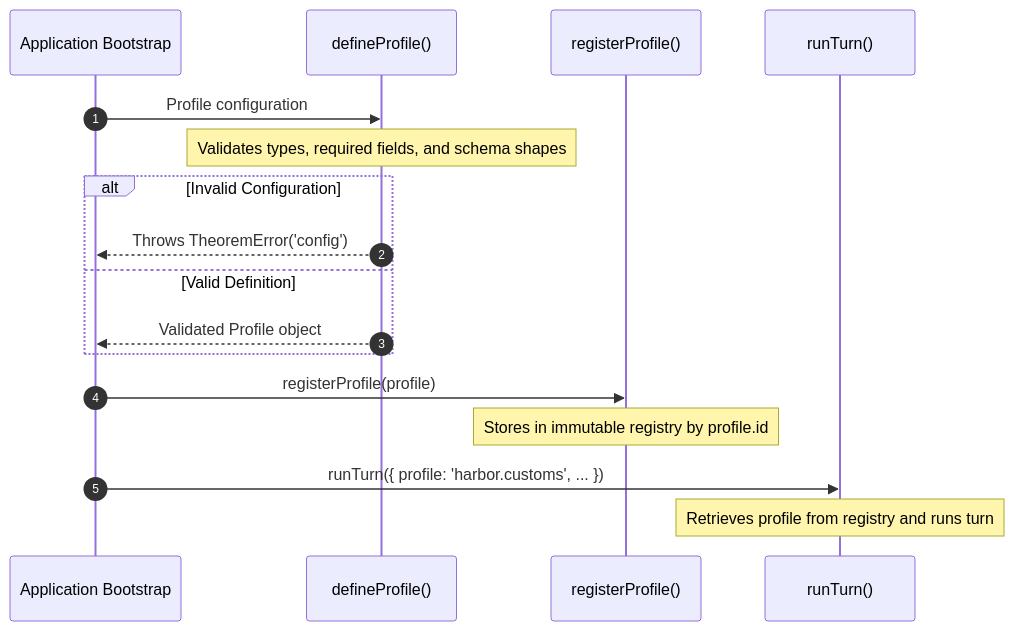
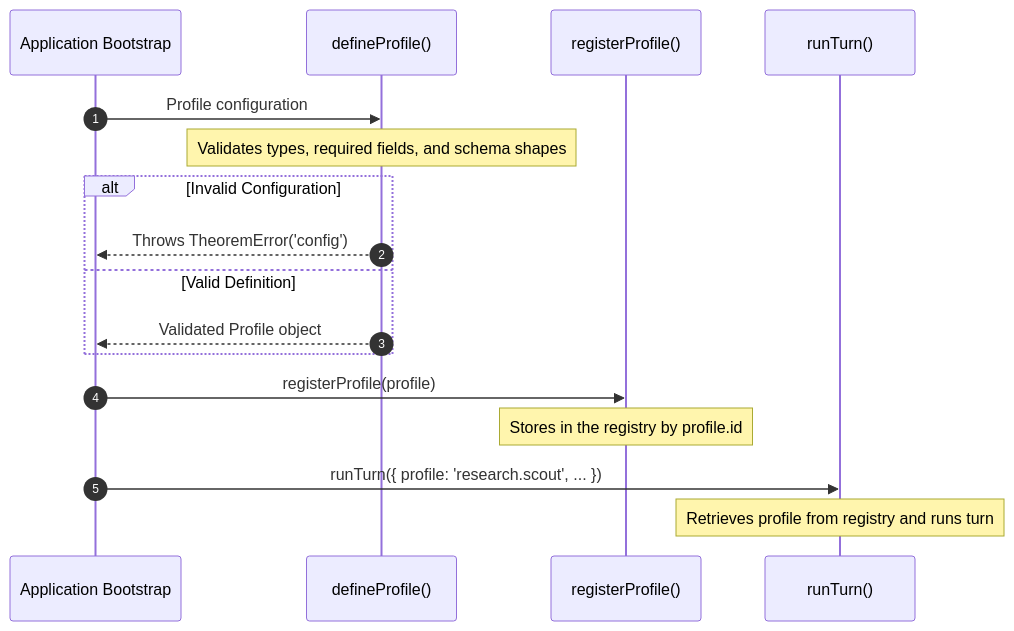
Before and after one commit to masudl-hub/theoremai-frontend: the second of 2 diagrams in app/lib/docs/articles/profiles.md, drawn with Mermaid. The commit also changed other lines of this file and 34 other files, not shown here.

````diff
--- a/app/lib/docs/articles/profiles.md
+++ b/app/lib/docs/articles/profiles.md
@@ -212,22 +225,22 @@
 ```mermaid
 sequenceDiagram
     autonumber
     participant App as Application Bootstrap
     participant Define as defineProfile()
     participant Reg as registerProfile()
     participant Runner as runTurn()
 
     App->>Define: Profile configuration
     Note over Define: Validates types, required fields, and schema shapes
     alt Invalid Configuration
         Define-->>App: Throws TheoremError('config')
     else Valid Definition
         Define-->>App: Validated Profile object
     end
 
     App->>Reg: registerProfile(profile)
-    Note over Reg: Stores in immutable registry by profile.id
+    Note over Reg: Stores in the registry by profile.id
     
-    App->>Runner: runTurn({ profile: 'harbor.customs', ... })
+    App->>Runner: runTurn({ profile: 'research.scout', ... })
     Note over Runner: Retrieves profile from registry and runs turn
 ```
````
